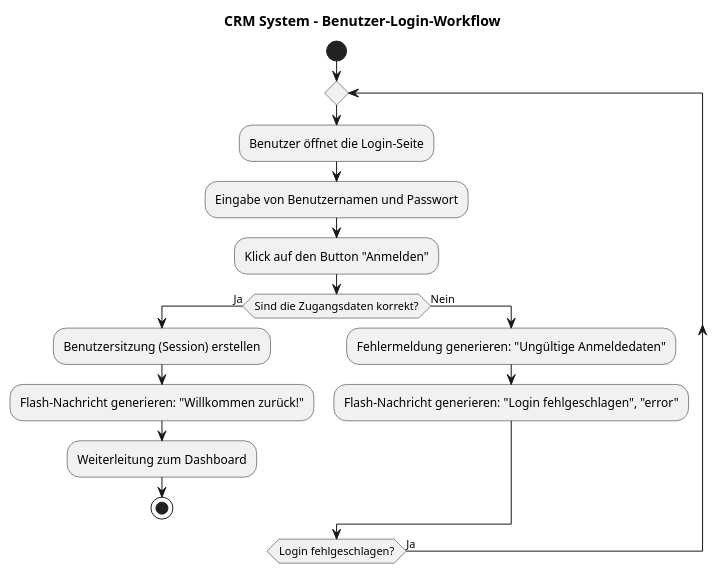
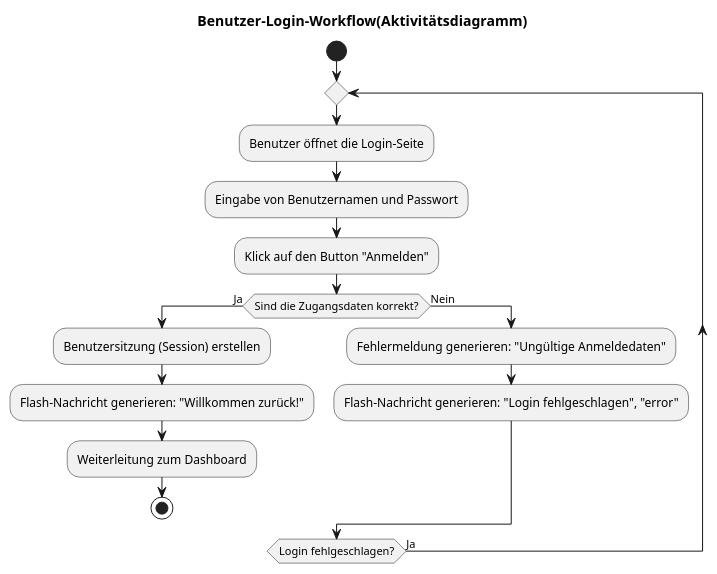
Before and after one commit to ysun76/CRM_init_ysun: the diagram in docs/activity_login_workflow.puml, drawn with PlantUML. The commit also changed 4 other files, not shown here.

```diff
--- a/docs/activity_login_workflow.puml
+++ b/docs/activity_login_workflow.puml
@@ -1,27 +1,27 @@
 @startuml
 ' Titel des Diagramms
-title CRM System - Benutzer-Login-Workflow
+title Benutzer-Login-Workflow(Aktivitätsdiagramm)
 
 start
 
 repeat
     :Benutzer öffnet die Login-Seite;
     :Eingabe von Benutzernamen und Passwort;
     :Klick auf den Button "Anmelden";
 
     if (Sind die Zugangsdaten korrekt?) then (Ja)
         :Benutzersitzung (Session) erstellen;
         
         ' Flask-Anforderung: Flash Message
         :Flash-Nachricht generieren: "Willkommen zurück!";
         
         :Weiterleitung zum Dashboard;
         stop
     else (Nein)
         :Fehlermeldung generieren: "Ungültige Anmeldedaten";
         :Flash-Nachricht generieren: "Login fehlgeschlagen", "error";
     endif
 
 repeat while (Login fehlgeschlagen?) is (Ja)
 
 @enduml
```
